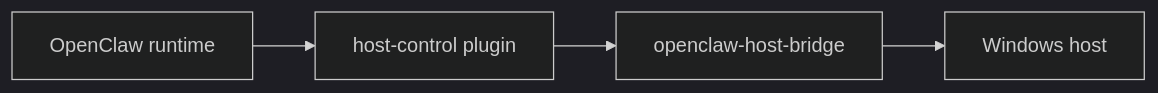
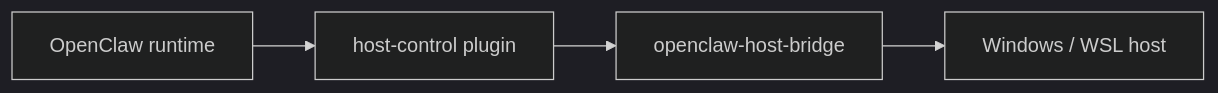
One commit to mfshaf7/openclaw-host-bridge changed the diagram in README.md. Above: the diagram before and after it, drawn with Mermaid (dark theme). The commit also changed other lines of this file, not shown here.

````diff
--- a/README.md
+++ b/README.md
@@ -26,9 +32,9 @@
 ```mermaid
 flowchart LR
     Gateway[OpenClaw runtime]
     Plugin[host-control plugin]
     Bridge[openclaw-host-bridge]
-    Host[Windows host]
+    Host[Windows / WSL host]
 
     Gateway --> Plugin --> Bridge --> Host
 ```
````
